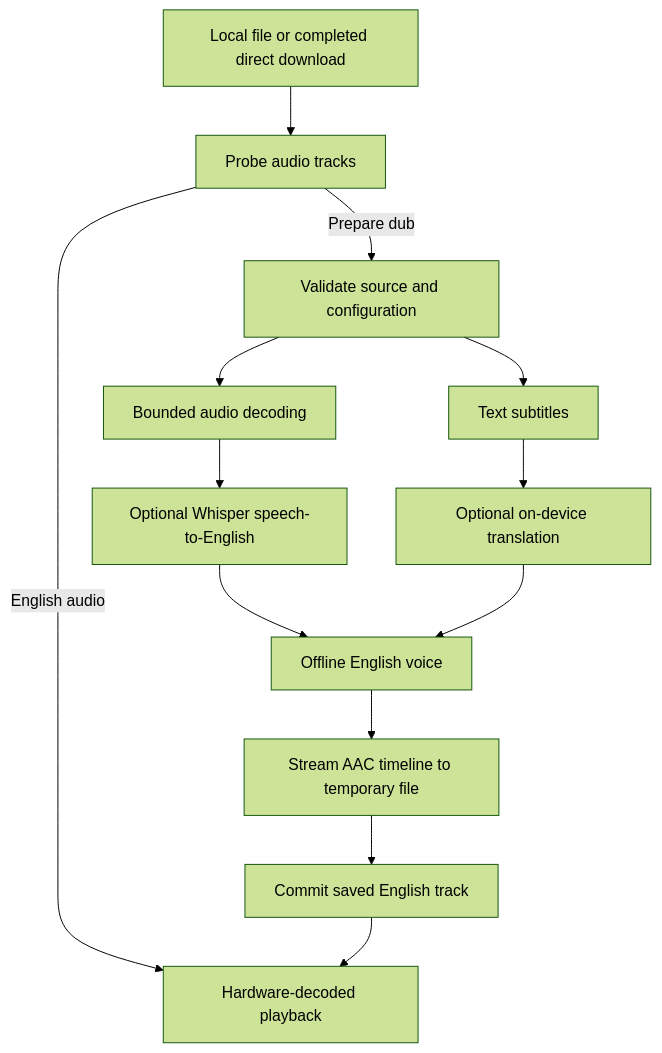
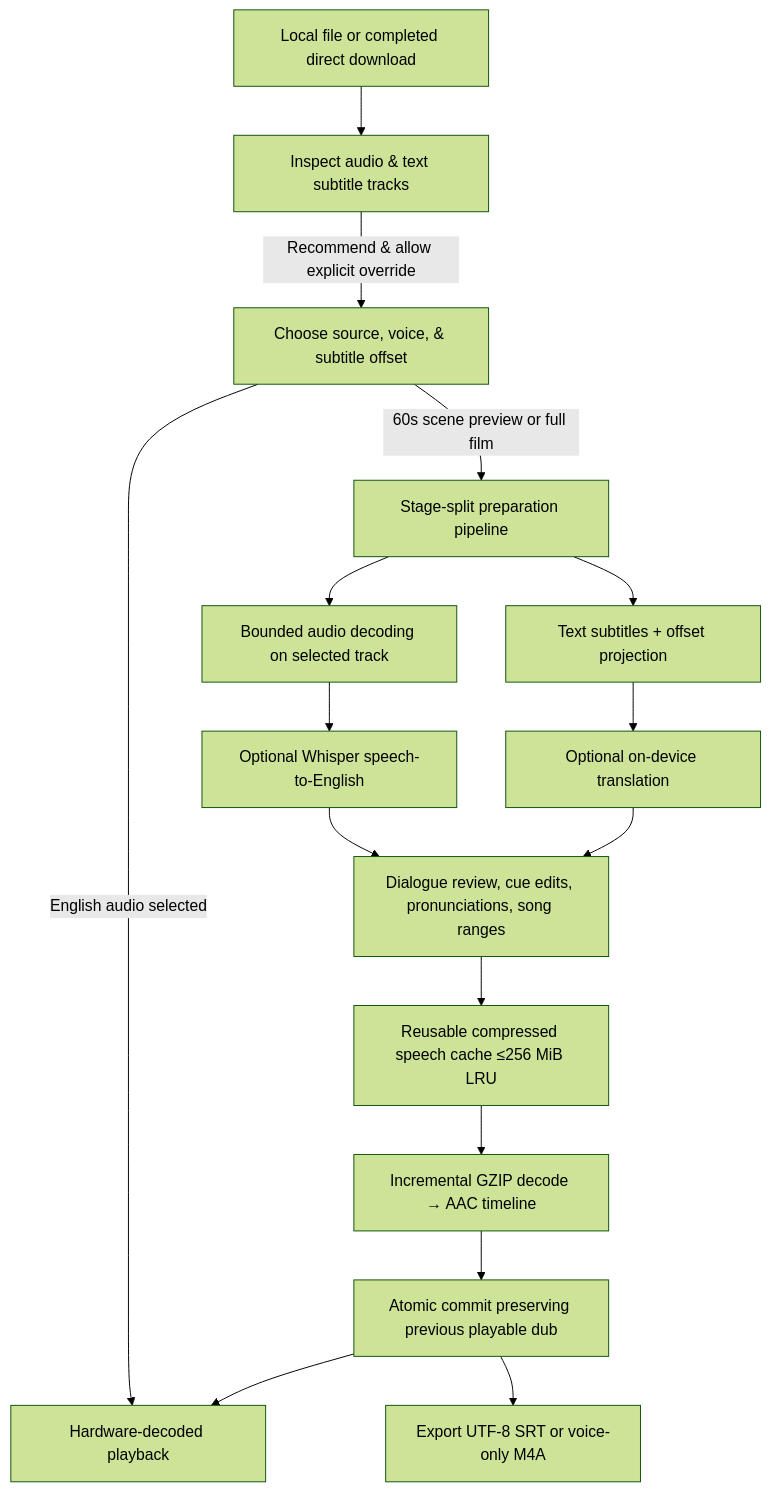
One commit to galaxycoils/englishdub-android changed the diagram in docs/ARCHITECTURE.md. Above: the diagram before and after it, drawn with Mermaid (forest theme). The commit also changed other lines of this file and 31 other files, not shown here.

Commit message:
Deliver EnglishDub 0.3.0: track selection, 60s preview, dialogue review, queue, exports, and evaluation set

````diff
--- a/docs/ARCHITECTURE.md
+++ b/docs/ARCHITECTURE.md
@@ -5,15 +5,18 @@
 ```mermaid
 flowchart TD
-    A[Local file or completed direct download] --> B[Probe audio tracks]
-    B -->|English audio| P[Hardware-decoded playback]
-    B -->|Prepare dub| C[Validate source and configuration]
-    C --> S[Text subtitles]
-    C --> R[Bounded audio decoding]
+    A[Local file or completed direct download] --> B[Inspect audio & text subtitle tracks]
+    B -->|Recommend & allow explicit override| C[Choose source, voice, & subtitle offset]
+    C -->|English audio selected| P[Hardware-decoded playback]
+    C -->|60s scene preview or full film| D[Stage-split preparation pipeline]
+    D --> S[Text subtitles + offset projection]
+    D --> R[Bounded audio decoding on selected track]
     S --> T[Optional on-device translation]
     R --> W[Optional Whisper speech-to-English]
-    W --> V[Offline English voice]
-    T --> V
-    V --> E[Stream AAC timeline to temporary file]
-    E --> F[Commit saved English track]
+    W --> G[Dialogue review, cue edits, pronunciations, song ranges]
+    T --> G
+    G --> V[Reusable compressed speech cache ≤256 MiB LRU]
+    V --> E[Incremental GZIP decode → AAC timeline]
+    E --> F[Atomic commit preserving previous playable dub]
     F --> P
+    F --> X[Export UTF-8 SRT or voice-only M4A]
 ```
````
